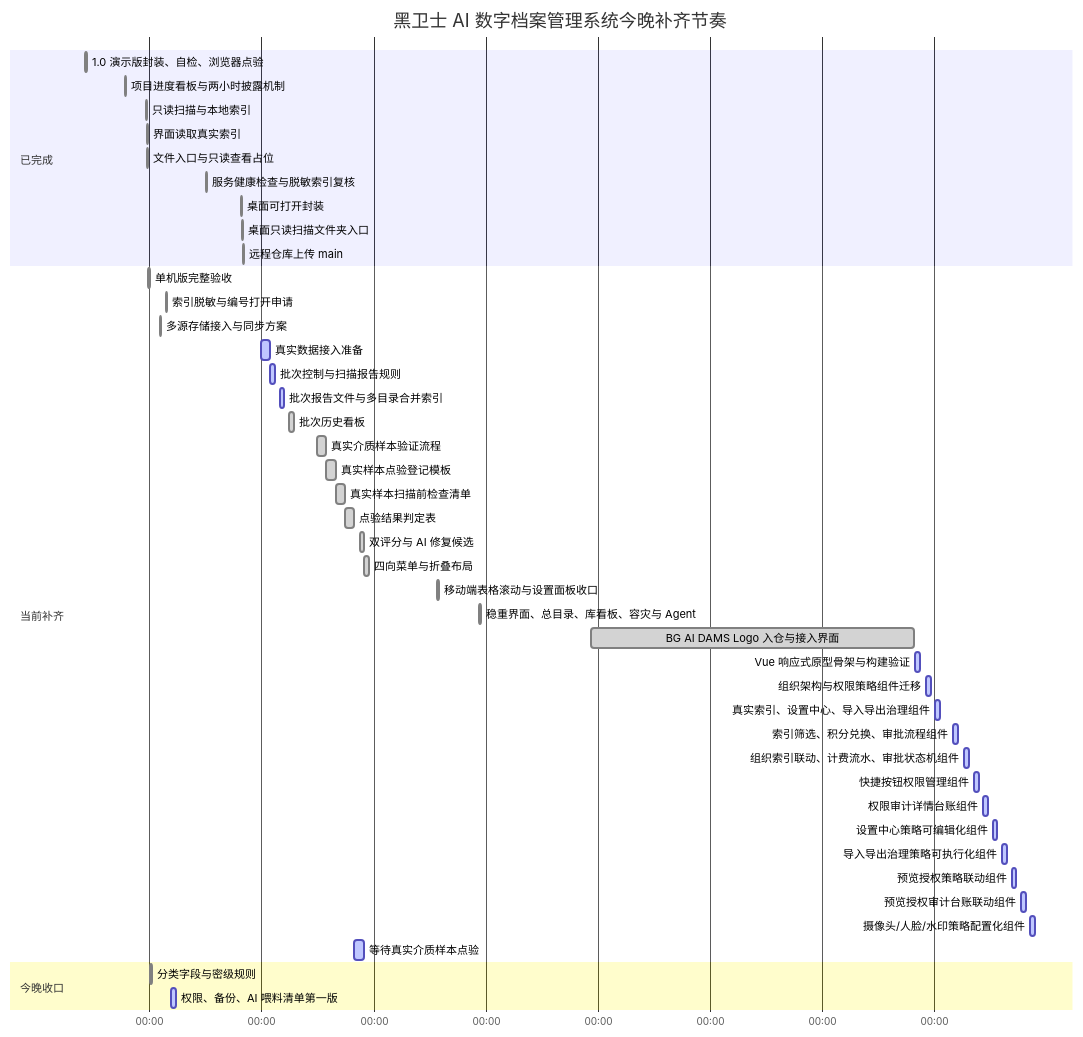
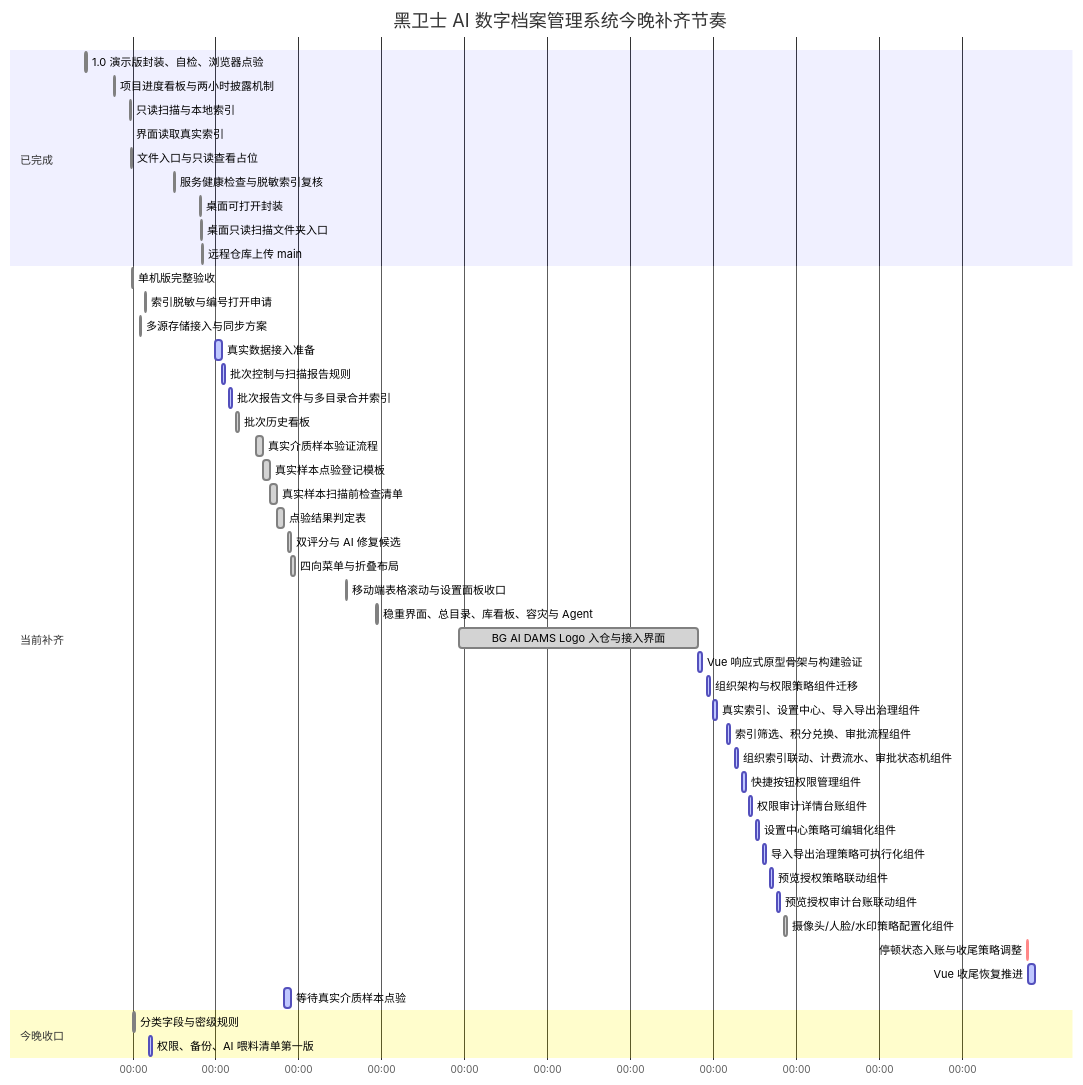
Before and after one commit to okalexhohongkong/Alex-Code-Repository: the diagram in 项目进度看板.md, drawn with Mermaid. The commit also changed other lines of this file and 1 other file, not shown here.

Commit message:
Update progress board pause status

````diff
--- a/项目进度看板.md
+++ b/项目进度看板.md
@@ -30,52 +31,54 @@
 ```mermaid
 gantt
   title 黑卫士 AI 数字档案管理系统今晚补齐节奏
   dateFormat  YYYY-MM-DD HH:mm
   axisFormat  %H:%M
 
   section 已完成
   1.0 演示版封装、自检、浏览器点验        :done, demo-1, 2026-06-21 20:30, 1h
   项目进度看板与两小时披露机制             :done, demo-2, 2026-06-22 13:30, 25m
   只读扫描与本地索引                      :done, local-2, 2026-06-22 22:30, 25m
   界面读取真实索引                        :done, local-3, 2026-06-22 22:55, 20m
   文件入口与只读查看占位                   :done, local-4, 2026-06-22 23:05, 25m
   服务健康检查与脱敏索引复核                :done, local-health, 2026-06-24 00:10, 20m
   桌面可打开封装                           :done, desktop-1, 2026-06-24 15:10, 35m
   桌面只读扫描文件夹入口                    :done, desktop-2, 2026-06-24 15:43, 20m
   远程仓库上传 main                         :done, remote-1, 2026-06-24 16:00, 45m
 
   section 当前补齐
   单机版完整验收                          :done, local-5, 2026-06-22 23:35, 35m
   索引脱敏与编号打开申请                   :done, local-6, 2026-06-23 07:10, 35m
   多源存储接入与同步方案                   :done, storage-1, 2026-06-23 04:30, 35m
   真实数据接入准备                         :active, intake-1, 2026-06-24 23:42, 4h
   批次控制与扫描报告规则                   :active, intake-2, 2026-06-25 03:44, 2h
   批次报告文件与多目录合并索引              :active, intake-3, 2026-06-25 07:47, 2h
   批次历史看板                            :done, intake-4, 2026-06-25 11:50, 2h
   真实介质样本验证流程                    :done, intake-5, 2026-06-25 23:45, 4h
   真实样本点验登记模板                    :done, intake-6, 2026-06-26 03:46, 4h
   真实样本扫描前检查清单                  :done, intake-7, 2026-06-26 07:46, 4h
   点验结果判定表                          :done, intake-8, 2026-06-26 11:46, 4h
   双评分与 AI 修复候选                    :done, ui-score-1, 2026-06-26 18:00, 2h
   四向菜单与折叠布局                      :done, ui-menu-1, 2026-06-26 20:00, 2h
   移动端表格滚动与设置面板收口              :done, ui-mobile-1, 2026-06-28 03:20, 35m
   稳重界面、总目录、库看板、容灾与 Agent     :done, ui-search-1, 2026-06-28 21:00, 1h
   BG AI DAMS Logo 入仓与接入界面              :done, brand-1, 2026-06-30 21:00, 2026-07-06 15:10
   Vue 响应式原型骨架与构建验证                  :active, vue-1, 2026-07-06 15:40, 2h
   组织架构与权限策略组件迁移                    :active, vue-2, 2026-07-06 20:20, 2h
   真实索引、设置中心、导入导出治理组件             :active, vue-3, 2026-07-07 00:20, 2h
   索引筛选、积分兑换、审批流程组件                 :active, vue-4, 2026-07-07 08:10, 2h
   组织索引联动、计费流水、审批状态机组件             :active, vue-5, 2026-07-07 12:50, 2h
   快捷按钮权限管理组件                            :active, vue-6, 2026-07-07 16:55, 2h
   权限审计详情台账组件                            :active, vue-7, 2026-07-07 20:55, 2h
   设置中心策略可编辑化组件                          :active, vue-8, 2026-07-08 00:56, 2h
   导入导出治理策略可执行化组件                       :active, vue-9, 2026-07-08 04:56, 2h
   预览授权策略联动组件                              :active, vue-10, 2026-07-08 09:03, 2h
   预览授权审计台账联动组件                           :active, vue-11, 2026-07-08 13:02, 2h
-  摄像头/人脸/水印策略配置化组件                       :active, vue-12, 2026-07-08 17:03, 2h
+  摄像头/人脸/水印策略配置化组件                       :done, vue-12, 2026-07-08 17:03, 2h
+  停顿状态入账与收尾策略调整                           :crit, pause-1, 2026-07-14 14:02, 30m
+  Vue 收尾恢复推进                                     :active, vue-resume, 2026-07-14 14:30, 4h
   等待真实介质样本点验                    :active, intake-9, 2026-06-26 15:46, 4h
 
   section 今晚收口
   分类字段与密级规则                       :done, class-1, 2026-06-23 00:30, 45m
   权限、备份、AI 喂料清单第一版             :active, class-2, 2026-06-23 09:30, 2h
 ```
````
